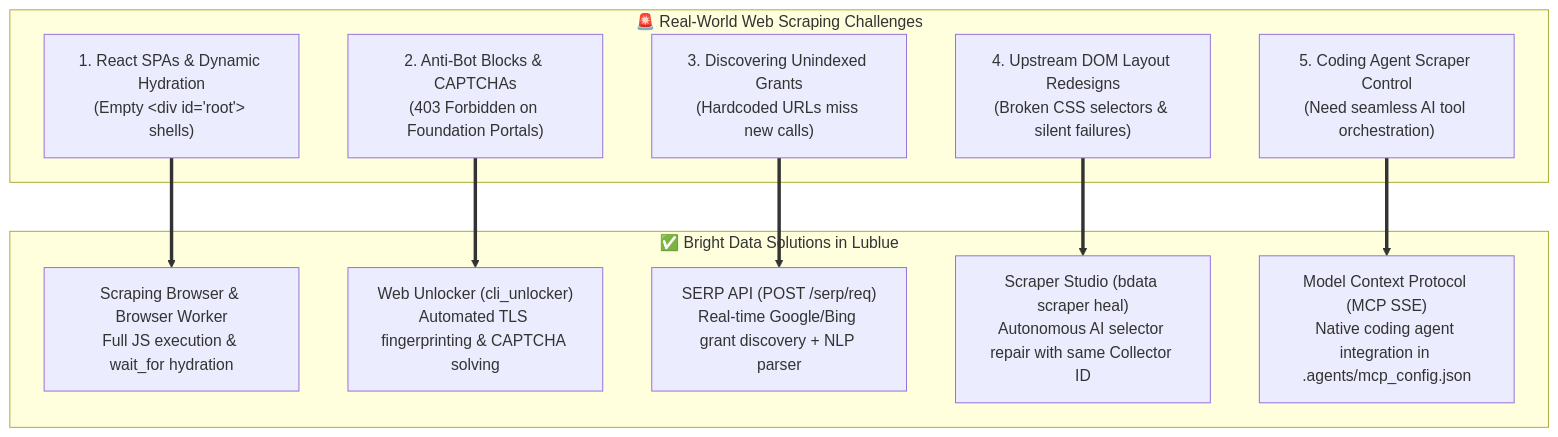
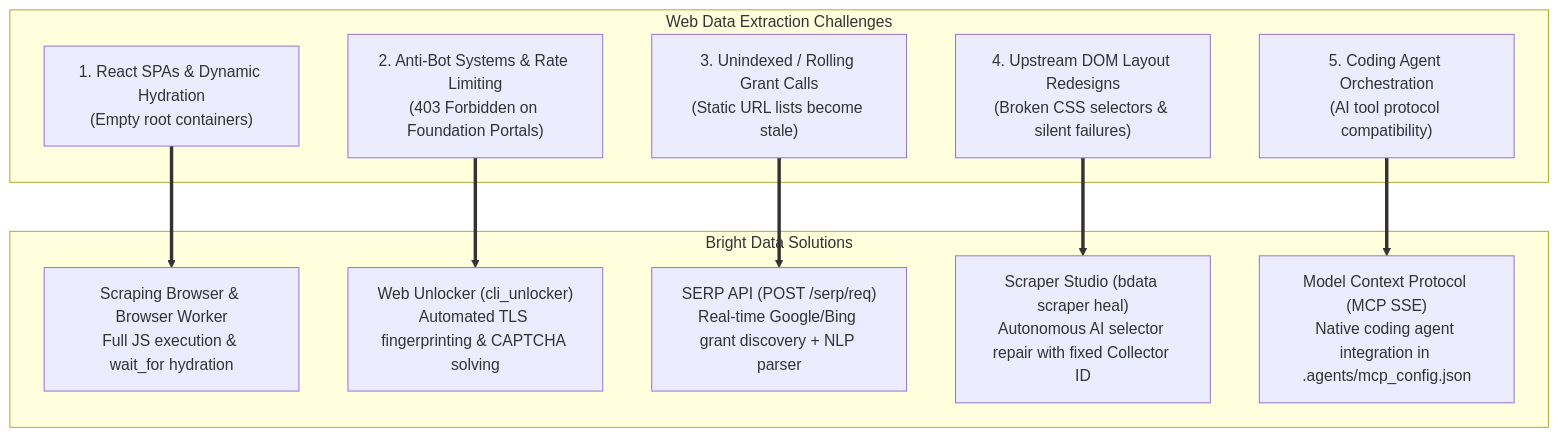
Before and after one commit to Anurag-tech22/lublue: the second of 4 diagrams in README.md, drawn with Mermaid. The commit also changed other lines of this file, not shown here.

````diff
--- a/README.md
+++ b/README.md
@@ -50,24 +43,24 @@
 ```mermaid
 flowchart TB
-    subgraph Challenges ["🚨 Real-World Web Scraping Challenges"]
-        C1["1. React SPAs & Dynamic Hydration<br/>(Empty &lt;div id='root'&gt; shells)"]
-        C2["2. Anti-Bot Blocks & CAPTCHAs<br/>(403 Forbidden on Foundation Portals)"]
-        C3["3. Discovering Unindexed Grants<br/>(Hardcoded URLs miss new calls)"]
+    subgraph Challenges ["Web Data Extraction Challenges"]
+        C1["1. React SPAs & Dynamic Hydration<br/>(Empty root containers)"]
+        C2["2. Anti-Bot Systems & Rate Limiting<br/>(403 Forbidden on Foundation Portals)"]
+        C3["3. Unindexed / Rolling Grant Calls<br/>(Static URL lists become stale)"]
         C4["4. Upstream DOM Layout Redesigns<br/>(Broken CSS selectors & silent failures)"]
-        C5["5. Coding Agent Scraper Control<br/>(Need seamless AI tool orchestration)"]
+        C5["5. Coding Agent Orchestration<br/>(AI tool protocol compatibility)"]
     end
 
-    subgraph Solutions ["✅ Bright Data Solutions in Lublue"]
+    subgraph Solutions ["Bright Data Solutions"]
         S1["Scraping Browser & Browser Worker<br/>Full JS execution & wait_for hydration"]
         S2["Web Unlocker (cli_unlocker)<br/>Automated TLS fingerprinting & CAPTCHA solving"]
         S3["SERP API (POST /serp/req)<br/>Real-time Google/Bing grant discovery + NLP parser"]
-        S4["Scraper Studio (bdata scraper heal)<br/>Autonomous AI selector repair with same Collector ID"]
+        S4["Scraper Studio (bdata scraper heal)<br/>Autonomous AI selector repair with fixed Collector ID"]
         S5["Model Context Protocol (MCP SSE)<br/>Native coding agent integration in .agents/mcp_config.json"]
     end
 
     C1 ==> S1
     C2 ==> S2
     C3 ==> S3
     C4 ==> S4
     C5 ==> S5
 ```
````
